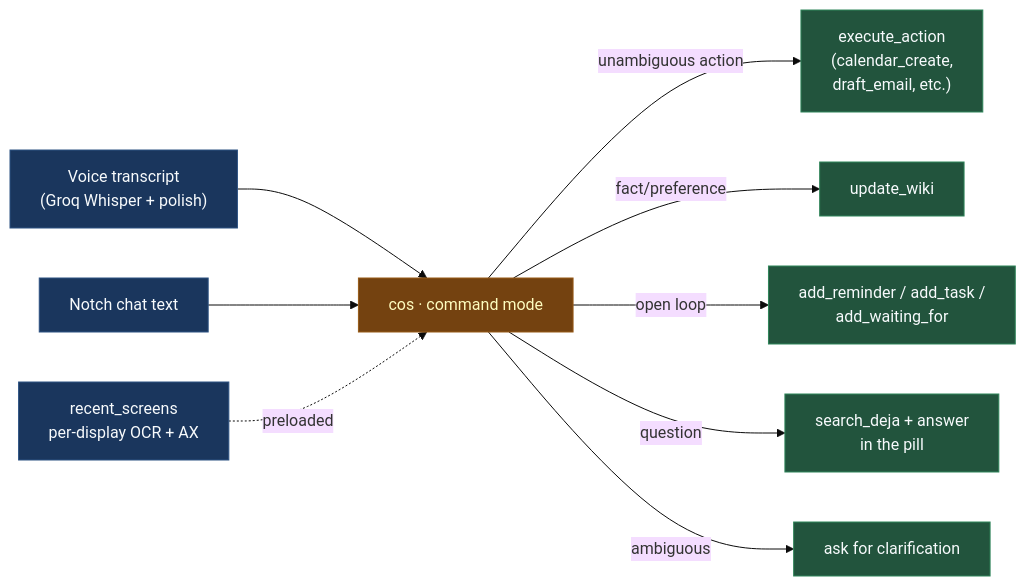
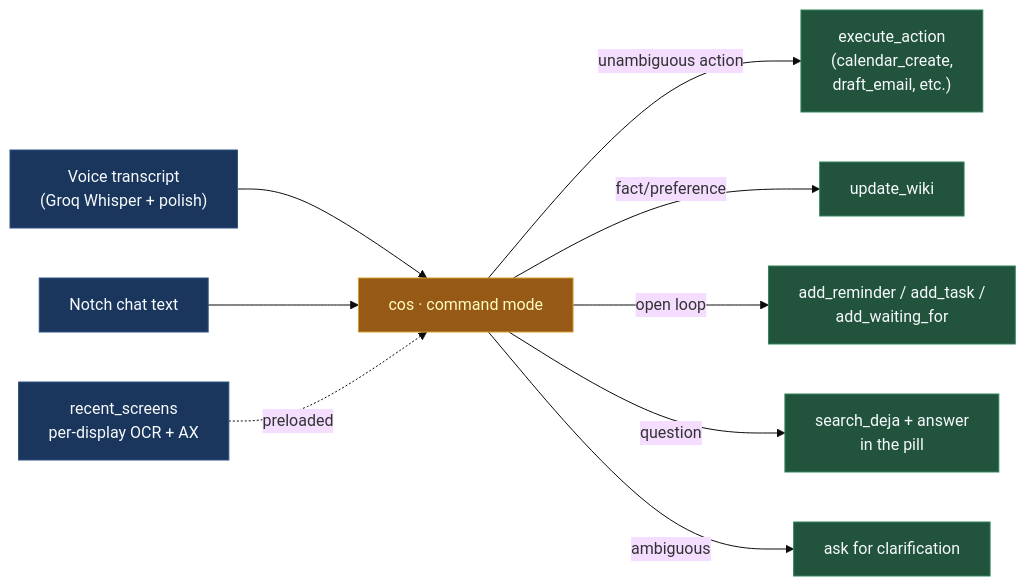
The third of 3 diagrams in docs-site/docs/signals.md (dwurtz/lighthouse), drawn with Mermaid (base theme) before and after one commit. The commit also changed other lines of this file and 11 other files, not shown here.

````diff
--- a/docs-site/docs/signals.md
+++ b/docs-site/docs/signals.md
@@ -148,19 +153,21 @@
 ```mermaid
 flowchart LR
     Voice["Voice transcript<br/>(Groq Whisper + polish)"] --> Cos[cos · command mode]
     Chat["Notch chat text"] --> Cos
     Screens["recent_screens<br/>per-display OCR + AX"] -.preloaded.-> Cos
 
     Cos -->|unambiguous action| A["execute_action<br/>(calendar_create,<br/>draft_email, etc.)"]
     Cos -->|fact/preference| W["update_wiki"]
     Cos -->|open loop| R["add_reminder / add_task /<br/>add_waiting_for"]
     Cos -->|question| Q["search_deja + answer<br/>in the pill"]
     Cos -->|ambiguous| Clarify[ask for clarification]
 
-    classDef in fill:#1a365d,stroke:#2c5282,color:#f7fafc
-    classDef cos fill:#744210,stroke:#975a16,color:#fefcbf
-    classDef out fill:#22543d,stroke:#2f855a,color:#f7fafc
-    class Voice,Chat,Screens in
+    classDef source  fill:#1a365d,stroke:#2c5282,color:#f7fafc
+    classDef wiki    fill:#22543d,stroke:#2f855a,color:#f7fafc
+    classDef process fill:#744210,stroke:#975a16,color:#fefcbf
+    classDef cos     fill:#975a16,stroke:#d69e2e,color:#fefcbf
+    classDef aside   fill:#3d3d3d,stroke:#555,color:#ccc
+    class Voice,Chat,Screens source
     class Cos cos
-    class A,W,R,Q,Clarify out
+    class A,W,R,Q,Clarify wiki
 ```
````
